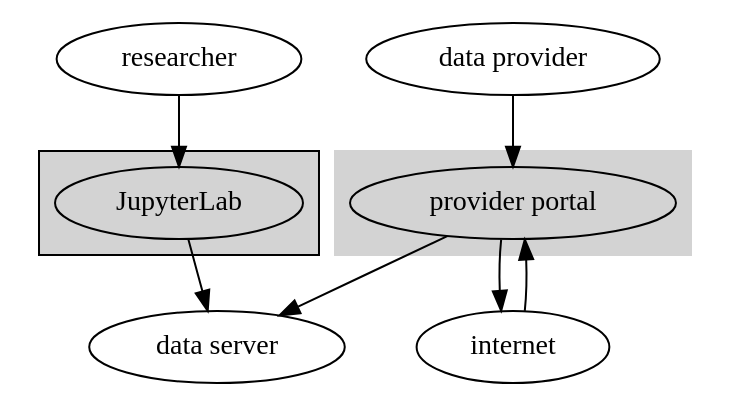
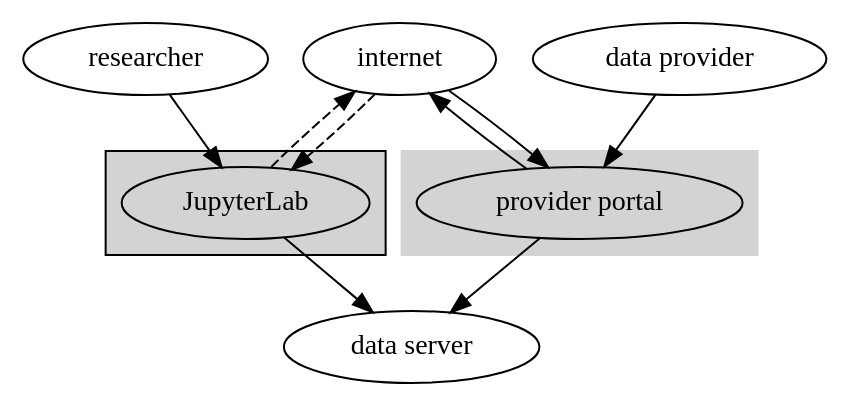
One commit to paulmaxus/dsc-seminar changed the fifth of 5 diagrams in slides.qmd. Above: the diagram before and after it, drawn with Graphviz. The commit also changed other lines of this file and 3 other files, not shown here.

````diff
--- a/slides.qmd
+++ b/slides.qmd
@@ -302,21 +329,23 @@
 ```{dot}
 digraph G {
     subgraph cluster {
         jl [label="JupyterLab"];
         style=filled;
-        label = "";
     }
     researcher -> jl;
+    jl -> internet [style=dashed];
+    internet -> jl [style=dashed];
     ds [label="data server"];
     subgraph cluster0 {
         ps [label="provider portal"];
         style=filled;
         color=lightgrey;
     }
-    "data provider" -> ps;
+    dp [label="data provider"];
+    dp -> ps;
     jl -> ds;
     ps -> ds;
     ps -> internet;
     internet -> ps;
 }
 ```
````
